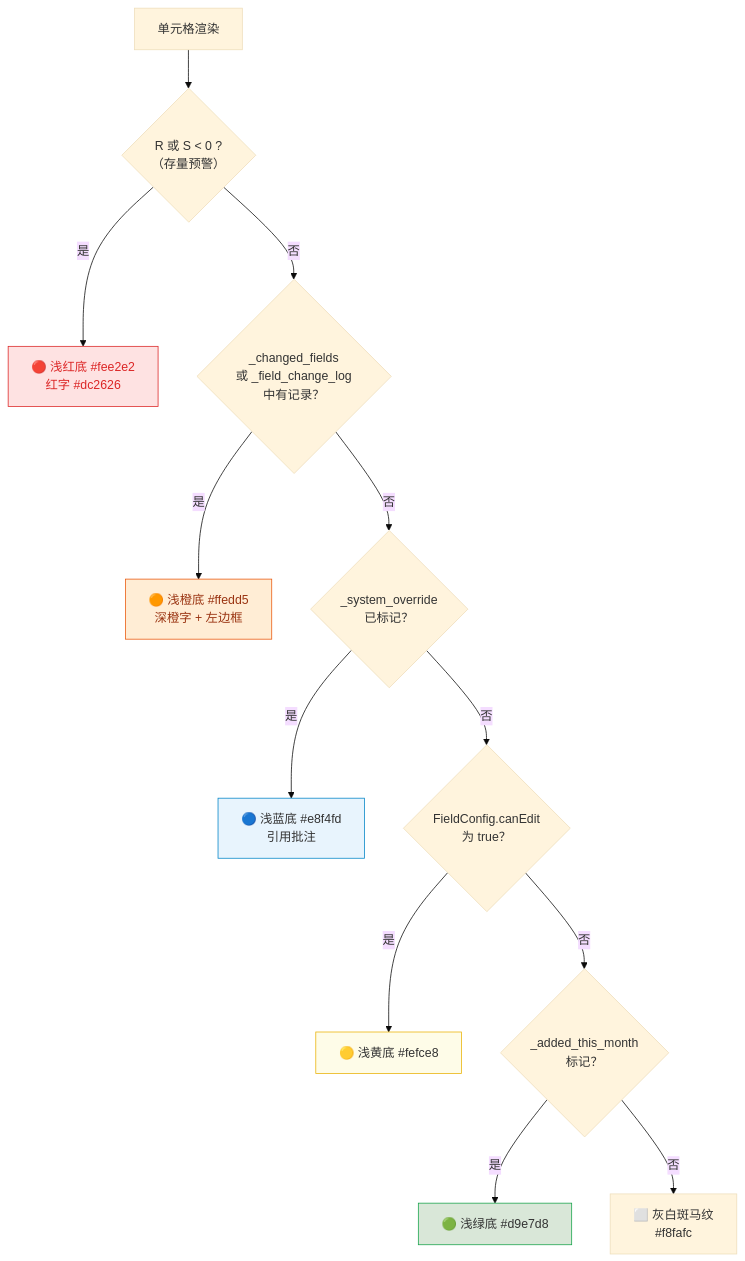
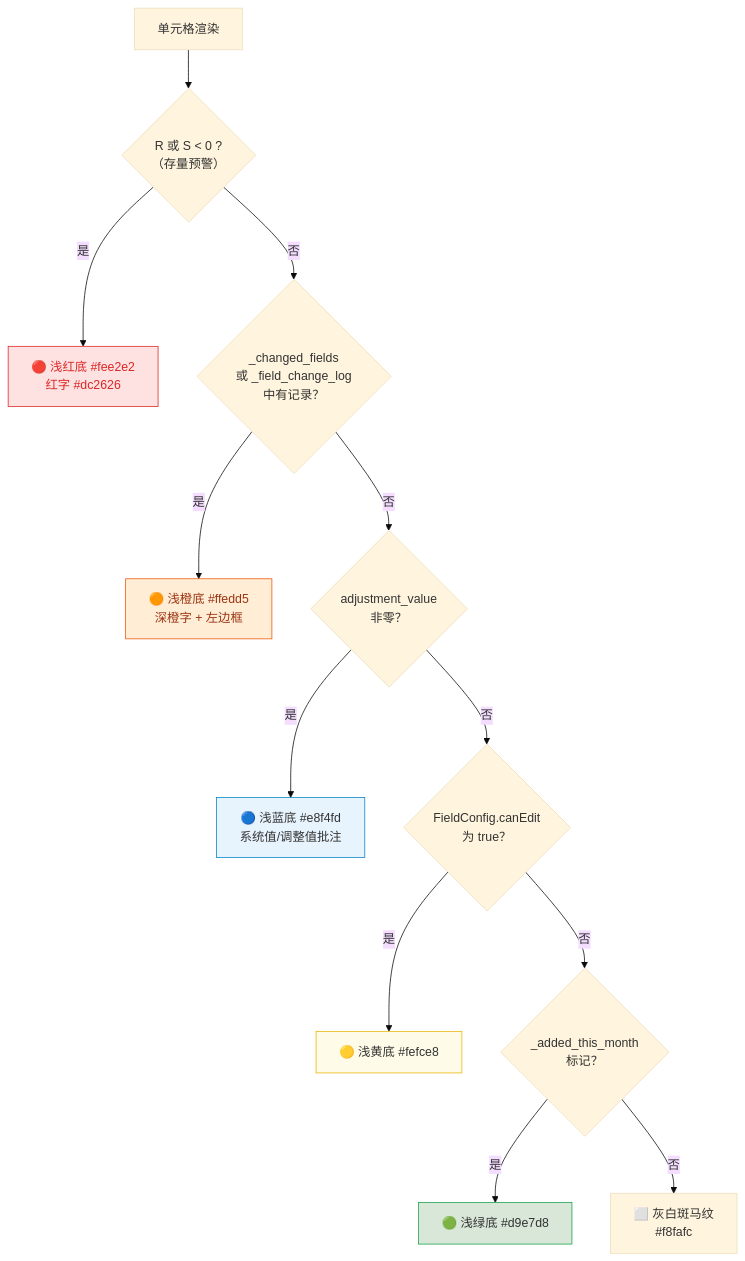
The tenth of 15 diagrams in docs/需求文档/需求文档_开发版.md (marcelxu0272/202605_project-tracking-table), drawn with Mermaid (base theme) before and after one commit. The commit also changed other lines of this file and 20 other files, not shown here.

````diff
--- a/docs/需求文档/需求文档_开发版.md
+++ b/docs/需求文档/需求文档_开发版.md
@@ -1086,20 +1098,20 @@
 ```mermaid
 flowchart TD
     CELL["单元格渲染"] --> Q1{"R 或 S < 0 ?<br/>（存量预警）"}
     Q1 -->|是| C1["🔴 浅红底 #fee2e2<br/>红字 #dc2626"]
     Q1 -->|否| Q2{"_changed_fields<br/>或 _field_change_log<br/>中有记录？"}
     Q2 -->|是| C2["🟠 浅橙底 #ffedd5<br/>深橙字 + 左边框"]
-    Q2 -->|否| Q3{"_system_override<br/>已标记？"}
-    Q3 -->|是| C3["🔵 浅蓝底 #e8f4fd<br/>引用批注"]
+    Q2 -->|否| Q3{"adjustment_value<br/>非零？"}
+    Q3 -->|是| C3["🔵 浅蓝底 #e8f4fd<br/>系统值/调整值批注"]
     Q3 -->|否| Q4{"FieldConfig.canEdit<br/>为 true？"}
     Q4 -->|是| C4["🟡 浅黄底 #fefce8"]
     Q4 -->|否| Q5{"_added_this_month<br/>标记？"}
     Q5 -->|是| C5["🟢 浅绿底 #d9e7d8"]
     Q5 -->|否| C6["⬜ 灰白斑马纹<br/>#f8fafc"]
 
     style C1 fill:#fee2e2,stroke:#dc2626,color:#dc2626
     style C2 fill:#ffedd5,stroke:#ea580c,color:#9a3412
     style C3 fill:#e8f4fd,stroke:#0284c7
     style C4 fill:#fefce8,stroke:#eab308
     style C5 fill:#d9e7d8,stroke:#16a34a
 ```
````
